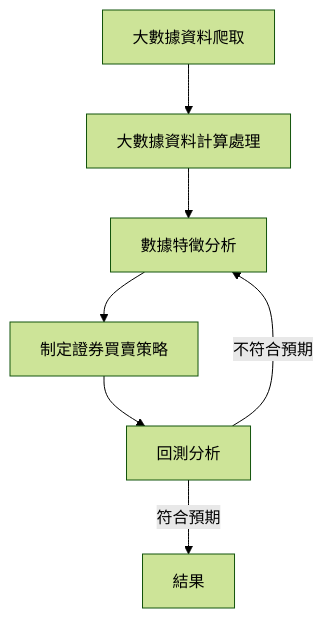
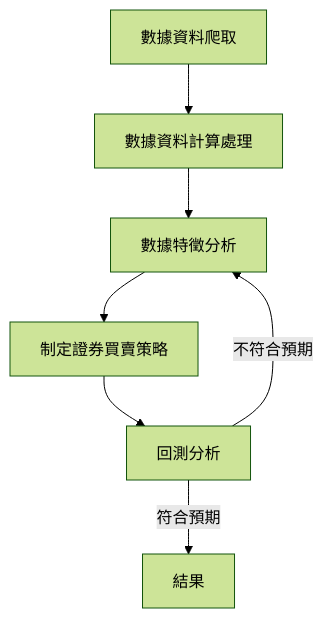
One commit to jamie-commander/Get-stock-data-and-calculate changed the diagram in README.md. Above: the diagram before and after it, drawn with Mermaid (forest theme).

````diff
--- a/README.md
+++ b/README.md
@@ -45,9 +45,9 @@
 ```mermaid
         graph TB
-        Big_Data_Catch[大數據資料爬取] --> Calc[大數據資料計算處理]
+        Big_Data_Catch[數據資料爬取] --> Calc[數據資料計算處理]
         Calc --> Analysis[數據特徵分析]
         Analysis --> feature[制定證券買賣策略]
         feature --> backtrader[回測分析]
         backtrader -- 符合預期 --> result[結果]
         backtrader -- 不符合預期 --> Analysis
 ```
````
